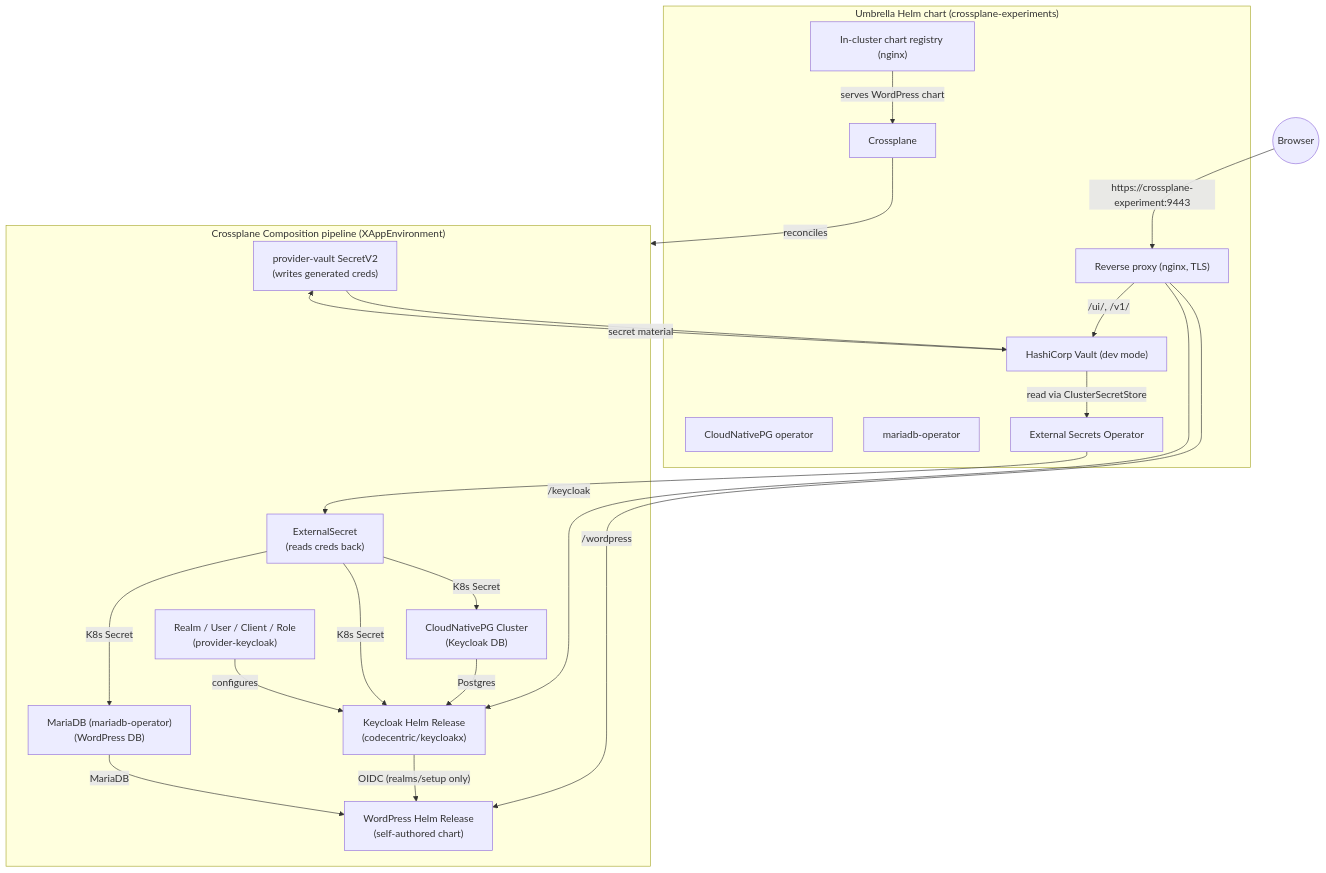
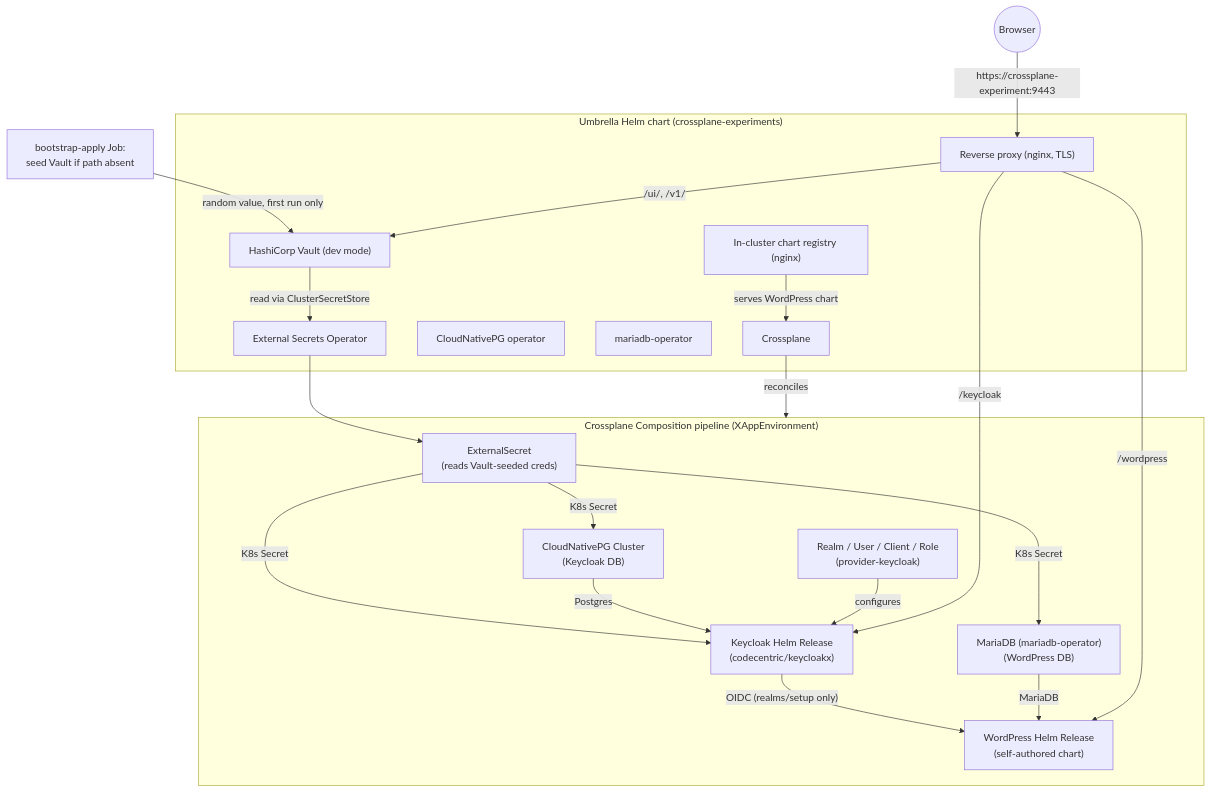
The diagram in README.md (lpasquali/crossplane-experiments), drawn with Mermaid before and after one commit. The commit also changed other lines of this file and 5 other files, not shown here.

````diff
--- a/README.md
+++ b/README.md
@@ -127,44 +134,44 @@
 ```mermaid
 flowchart TB
     subgraph Helm["Umbrella Helm chart (crossplane-experiments)"]
         XP["Crossplane"]
         CNPG["CloudNativePG operator"]
         MDBOP["mariadb-operator"]
         VAULT["HashiCorp Vault (dev mode)"]
         ESO["External Secrets Operator"]
         REG["In-cluster chart registry (nginx)"]
         PROXY["Reverse proxy (nginx, TLS)"]
     end
 
     subgraph XRD["Crossplane Composition pipeline (XAppEnvironment)"]
-        SECV2["provider-vault SecretV2\n(writes generated creds)"]
-        ES["ExternalSecret\n(reads creds back)"]
+        ES["ExternalSecret\n(reads Vault-seeded creds)"]
         KCPG["CloudNativePG Cluster\n(Keycloak DB)"]
         KC["Keycloak Helm Release\n(codecentric/keycloakx)"]
         REALM["Realm / User / Client / Role\n(provider-keycloak)"]
         WPDB["MariaDB (mariadb-operator)\n(WordPress DB)"]
         WP["WordPress Helm Release\n(self-authored chart)"]
     end
 
-    VAULT -- "secret material" --> SECV2
-    SECV2 --> VAULT
+    SEED["bootstrap-apply Job:\nseed Vault if path absent"]
+
+    SEED -- "random value, first run only" --> VAULT
     VAULT -- "read via ClusterSecretStore" --> ESO
     ESO --> ES
     ES -- "K8s Secret" --> KCPG
     ES -- "K8s Secret" --> KC
     ES -- "K8s Secret" --> WPDB
 
     KCPG -- "Postgres" --> KC
     KC -- "OIDC (realms/setup only)" --> WP
     REALM -- "configures" --> KC
     WPDB -- "MariaDB" --> WP
 
     REG -- "serves WordPress chart" --> XP
     XP -- "reconciles" --> XRD
 
     PROXY -- "/wordpress" --> WP
     PROXY -- "/keycloak" --> KC
     PROXY -- "/ui/, /v1/" --> VAULT
 
     User(("Browser")) -- "https://crossplane-experiment:9443" --> PROXY
 ```
````
